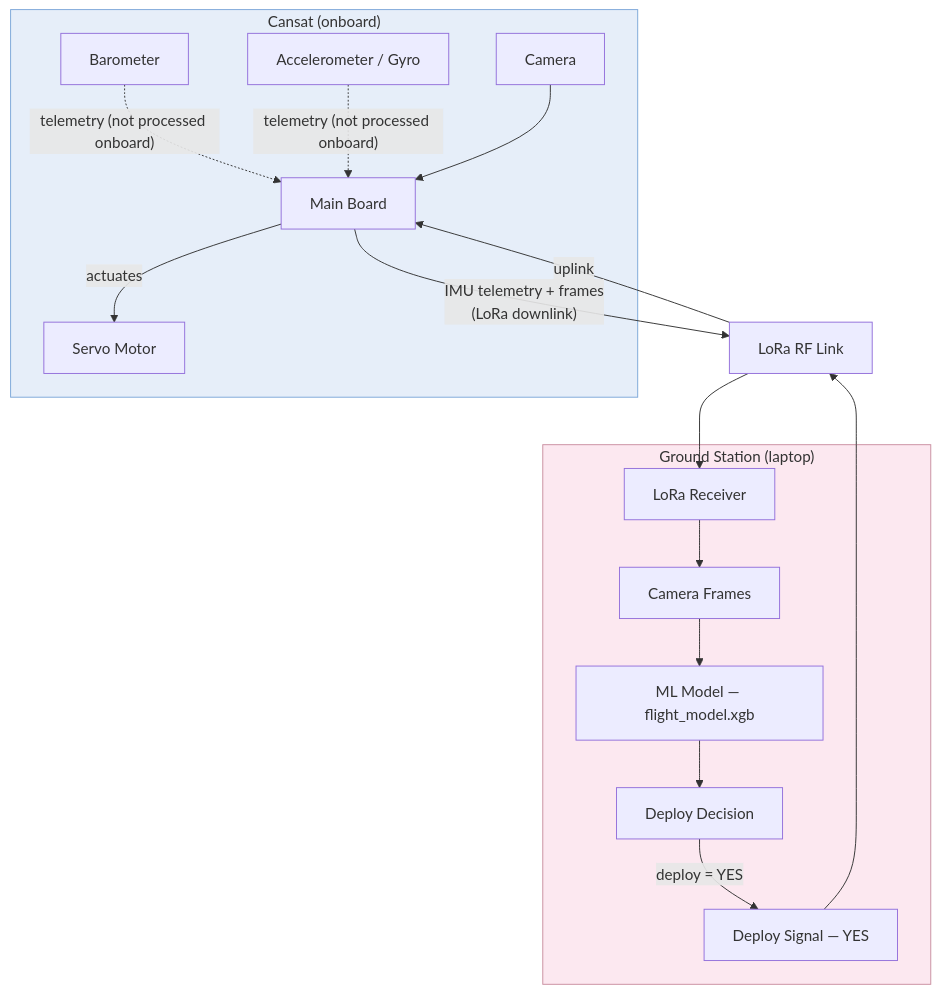
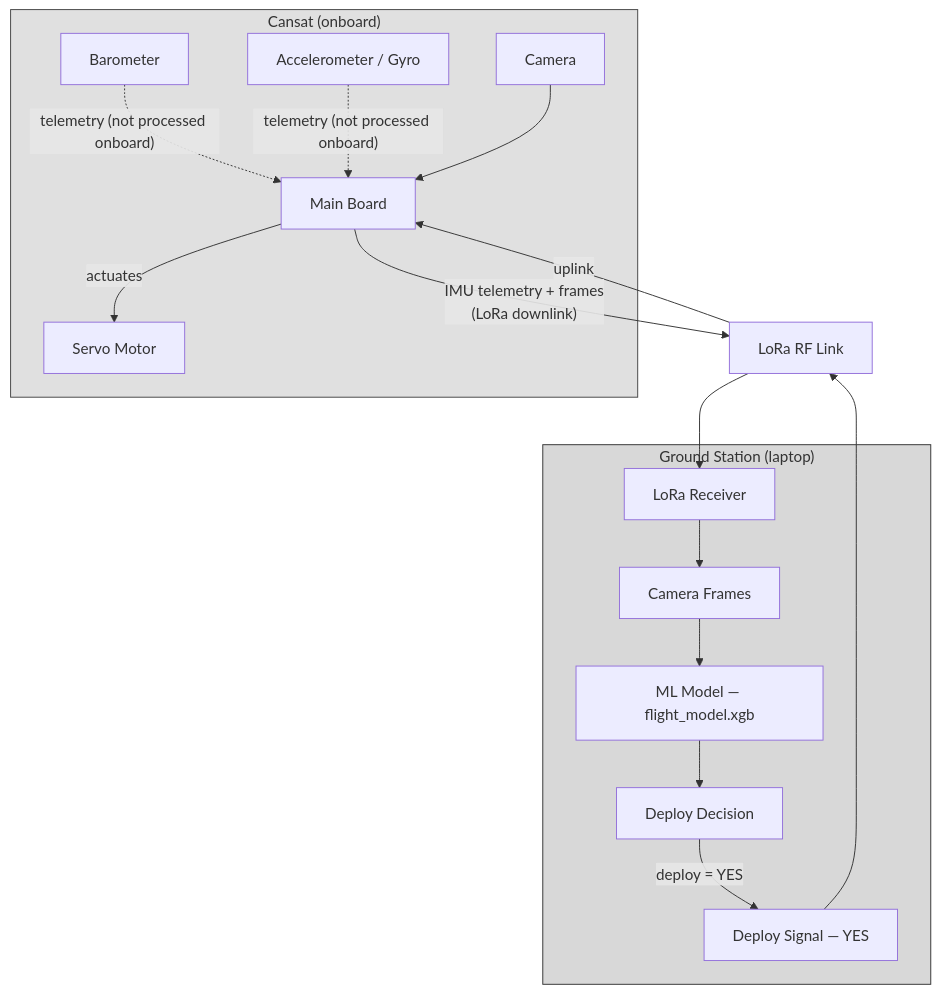
The fourth of 5 diagrams in README.md (7-wwh/AeroNotts), drawn with Mermaid before and after one commit. The commit also changed other lines of this file, not shown here.

Commit message:
docs: convert diagrams to black/white grayscale

````diff
--- a/README.md
+++ b/README.md
@@ -176,36 +136,36 @@
 ```mermaid
 flowchart TB
     subgraph CANSAT ["Cansat (onboard)"]
         BARO[Barometer]
         GYRO[Accelerometer / Gyro]
         CAM[Camera]
         SERVO[Servo Motor]
         BOARD[Main Board]
         BARO -. "telemetry (not processed onboard)" .-> BOARD
         GYRO -. "telemetry (not processed onboard)" .-> BOARD
         CAM --> BOARD
     end
 
     subgraph GROUND ["Ground Station (laptop)"]
         LORA_RX[LoRa Receiver]
         FRAMES[Camera Frames]
         ML[ML Model — flight_model.xgb]
         PRED[Deploy Decision]
         SIGNAL[Deploy Signal — YES]
     end
 
     LORA_RF[LoRa RF Link]
 
     BOARD -- "IMU telemetry + frames\n(LoRa downlink)" --> LORA_RF
     LORA_RF --> LORA_RX
     LORA_RX --> FRAMES
     FRAMES --> ML
     ML --> PRED
     PRED -- "deploy = YES" --> SIGNAL
     SIGNAL --> LORA_RF
     LORA_RF -- "uplink" --> BOARD
     BOARD -- "actuates" --> SERVO
 
-    style CANSAT fill:#e6eef9,stroke:#7da7d9
-    style GROUND fill:#fce8f0,stroke:#c98fa0
+    style CANSAT fill:#e0e0e0,stroke:#444444
+    style GROUND fill:#d8d8d8,stroke:#333333
 ```
````
